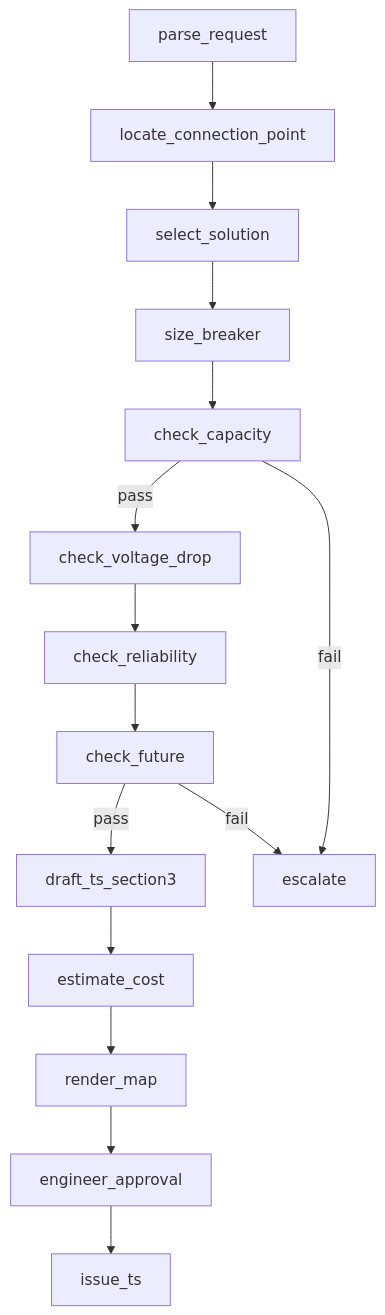
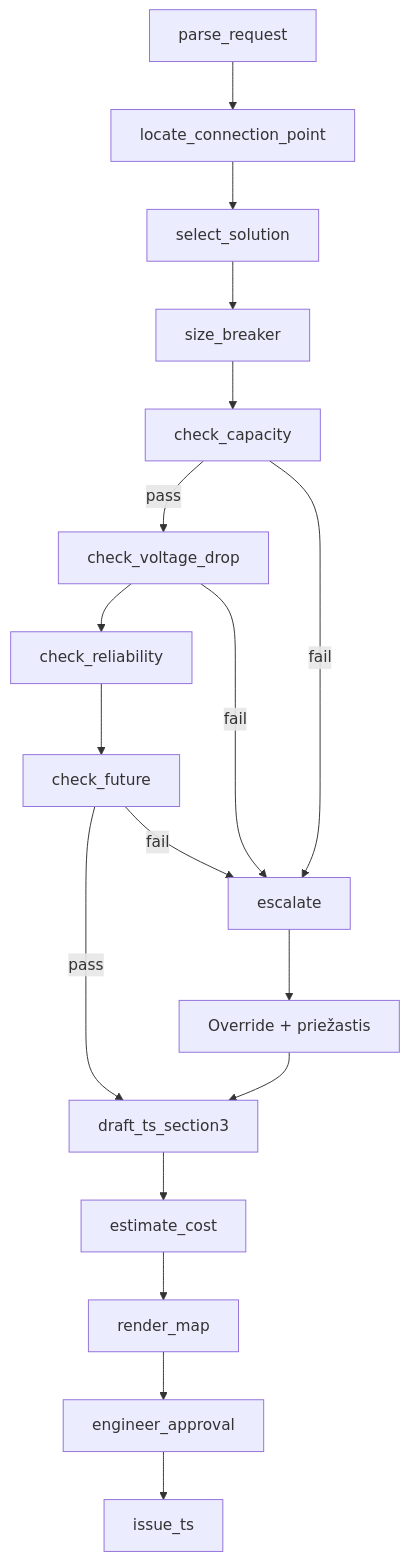
Before and after one commit to VentureJuozas/ESO-automation: the second of 2 diagrams in docs/ARCHITECTURE.md, drawn with Mermaid. The commit also changed other lines of this file and 29 other files, not shown here.

````diff
--- a/docs/ARCHITECTURE.md
+++ b/docs/ARCHITECTURE.md
@@ -17,9 +18,12 @@
 ```mermaid
 flowchart TD
   parse_request --> locate_connection_point --> select_solution --> size_breaker
   size_breaker --> check_capacity
   check_capacity -->|pass| check_voltage_drop --> check_reliability --> check_future
   check_future -->|pass| draft_ts_section3 --> estimate_cost --> render_map --> engineer_approval --> issue_ts
   check_capacity -->|fail| escalate
+  check_voltage_drop -->|fail| escalate
   check_future -->|fail| escalate
+  escalate --> engineer_override[Override + priežastis]
+  engineer_override --> draft_ts_section3
 ```
````
